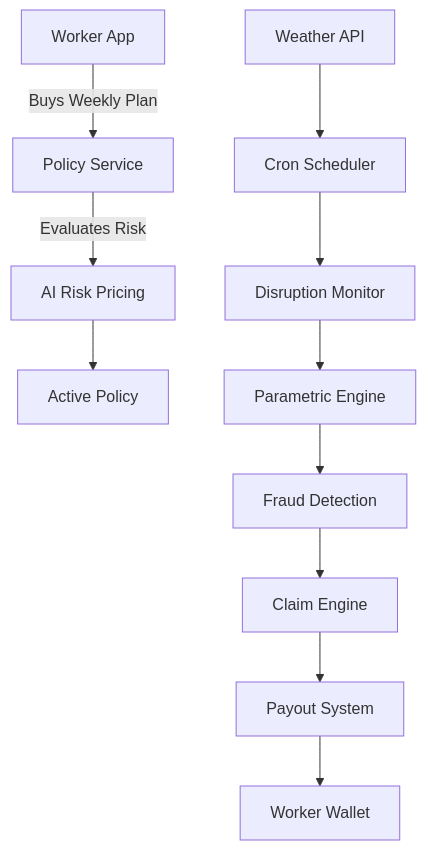
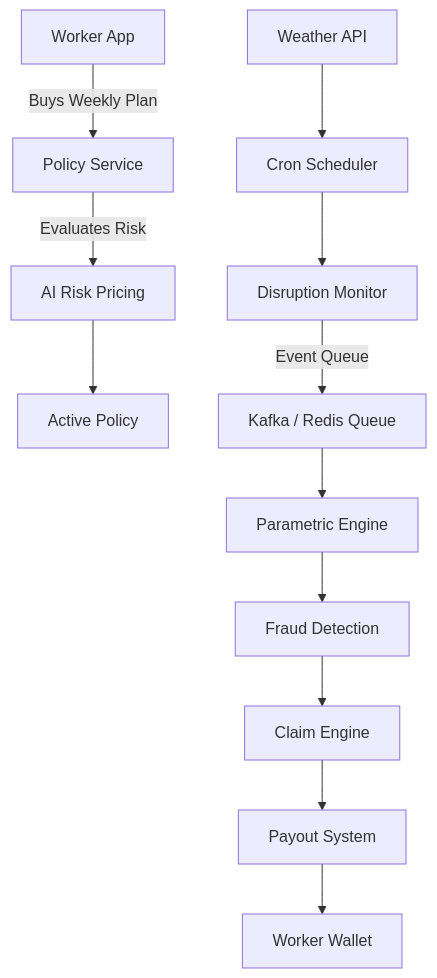
One commit to dorateja293/AI-driven-gig-worker-insurance-system changed the first of 2 diagrams in README.md. Above: the diagram before and after it, drawn with Mermaid. The commit also changed other lines of this file, not shown here.

Commit message:
Restructured README, added Message Queue, Why Parametric section, and improved architecture descriptions

````diff
--- a/README.md
+++ b/README.md
@@ -101,14 +122,15 @@
 ```mermaid
 flowchart TD
     Worker[Worker App] -->|Buys Weekly Plan| PolicySvc[Policy Service]
     PolicySvc -->|Evaluates Risk| AI[AI Risk Pricing]
     AI --> ActivePolicy[Active Policy]
     
     WeatherAPI[Weather API] --> Scheduler[Cron Scheduler]
     Scheduler --> Monitor[Disruption Monitor]
-    Monitor --> Trigger[Parametric Engine]
+    Monitor -->|Event Queue| Queue[Kafka / Redis Queue]
+    Queue --> Trigger[Parametric Engine]
     Trigger --> Fraud[Fraud Detection]
     Fraud --> Claim[Claim Engine]
     Claim --> Payout[Payout System]
     Payout --> Wallet[Worker Wallet]
 ```
````
